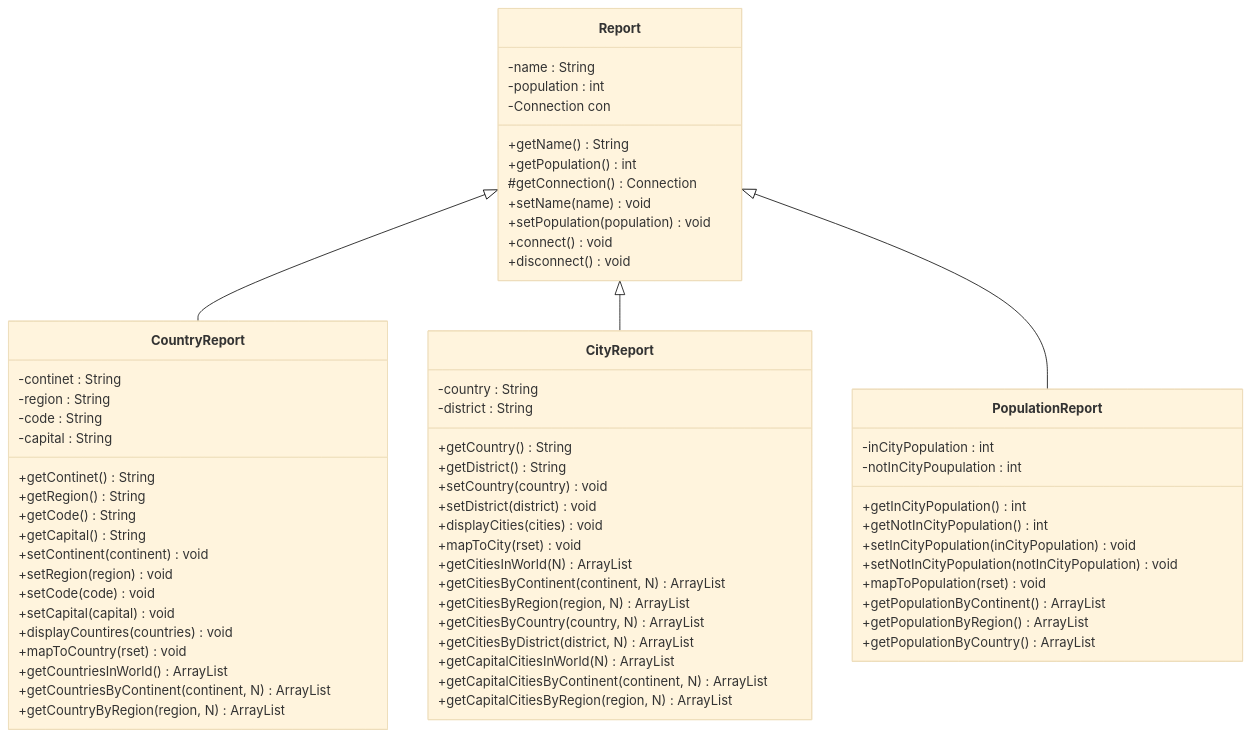
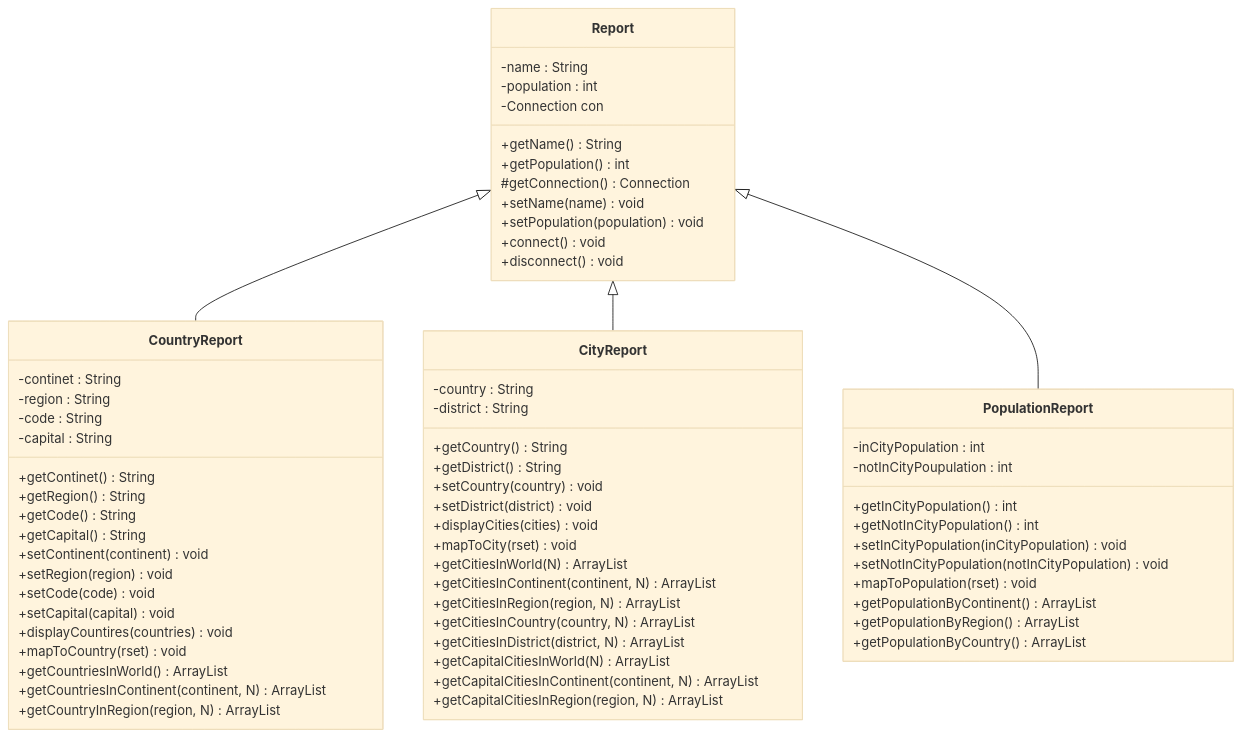
The diagram in diagrams/AppClassDiagram.mermaid (40518402/Group2_DevOps_2024), drawn with Mermaid (base theme) before and after one commit. The commit also changed 2 other files, not shown here.

```diff
--- a/diagrams/AppClassDiagram.mermaid
+++ b/diagrams/AppClassDiagram.mermaid
@@ -1,70 +1,70 @@
 classDiagram
     class Report{
         -name : String
         -population : int
         -Connection con
         +getName() String
         +getPopulation() int
         #getConnection() Connection
         +setName(name) void
         +setPopulation(population) void
         +connect() void
         +disconnect() void
     }
 
     class CountryReport{
         -continet : String
         -region : String
         -code : String
         -capital : String
         +getContinet() String
         +getRegion() String
         +getCode() String
         +getCapital() String
         +setContinent(continent) void
         +setRegion(region) void
         +setCode(code) void
         +setCapital(capital) void
         +displayCountires(countries) void
         +mapToCountry(rset) void
         +getCountriesInWorld() ArrayList
-        +getCountriesByContinent(continent, N) ArrayList
-        +getCountryByRegion(region, N) ArrayList
+        +getCountriesInContinent(continent, N) ArrayList
+        +getCountryInRegion(region, N) ArrayList
     }
 
     class CityReport{
         -country : String
         -district : String
         +getCountry() String
         +getDistrict() String
         +setCountry(country) void
         +setDistrict(district) void
         +displayCities(cities) void
         +mapToCity(rset) void
         +getCitiesInWorld(N) ArrayList
-        +getCitiesByContinent(continent, N) ArrayList
-        +getCitiesByRegion(region, N) ArrayList
-        +getCitiesByCountry(country, N) ArrayList
-        +getCitiesByDistrict(district, N) ArrayList
+        +getCitiesInContinent(continent, N) ArrayList
+        +getCitiesInRegion(region, N) ArrayList
+        +getCitiesInCountry(country, N) ArrayList
+        +getCitiesInDistrict(district, N) ArrayList
         +getCapitalCitiesInWorld(N) ArrayList
-        +getCapitalCitiesByContinent(continent, N) ArrayList
-        +getCapitalCitiesByRegion(region, N) ArrayList
+        +getCapitalCitiesInContinent(continent, N) ArrayList
+        +getCapitalCitiesInRegion(region, N) ArrayList
     }
 
     class PopulationReport{
         -inCityPopulation : int
         -notInCityPoupulation : int
         +getInCityPopulation() int
         +getNotInCityPopulation() int
         +setInCityPopulation(inCityPopulation) void
         +setNotInCityPopulation(notInCityPopulation) void
         +mapToPopulation(rset) void
         +getPopulationByContinent() ArrayList
         +getPopulationByRegion() ArrayList
         +getPopulationByCountry() ArrayList
 
     }
 
     Report <|-- CountryReport
     Report <|-- CityReport
     Report <|-- PopulationReport
```
